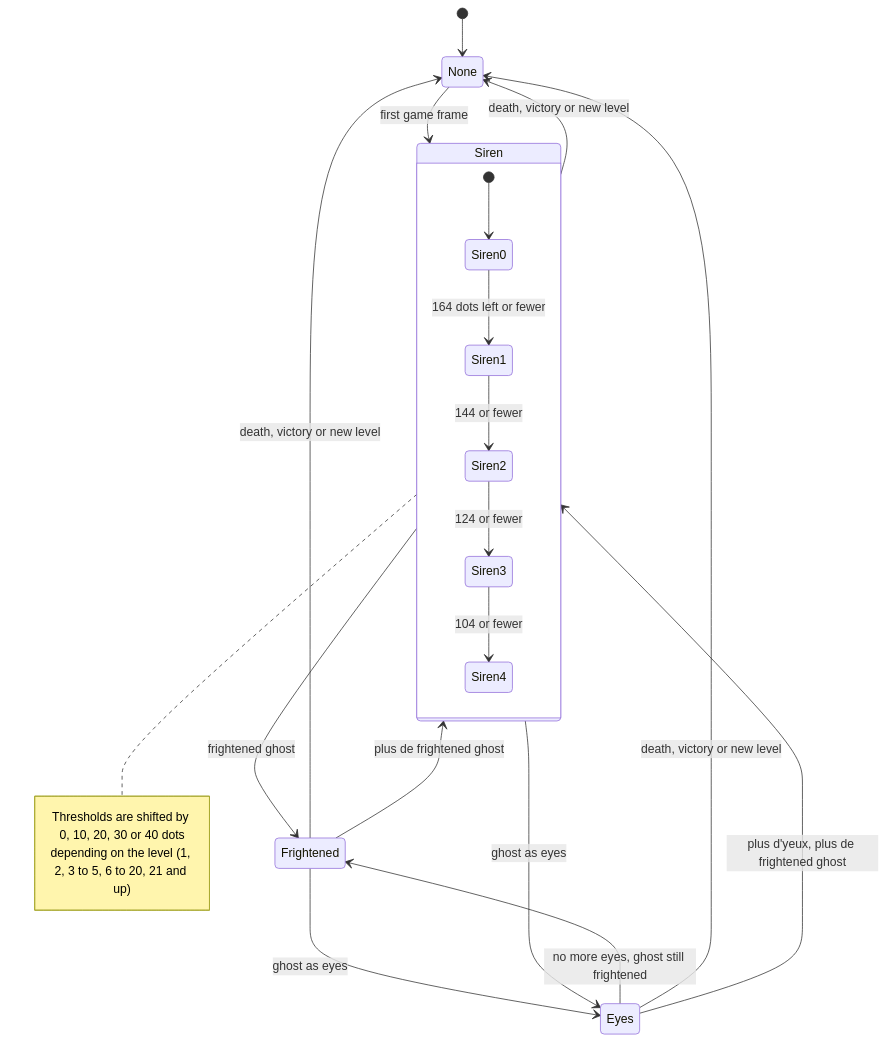
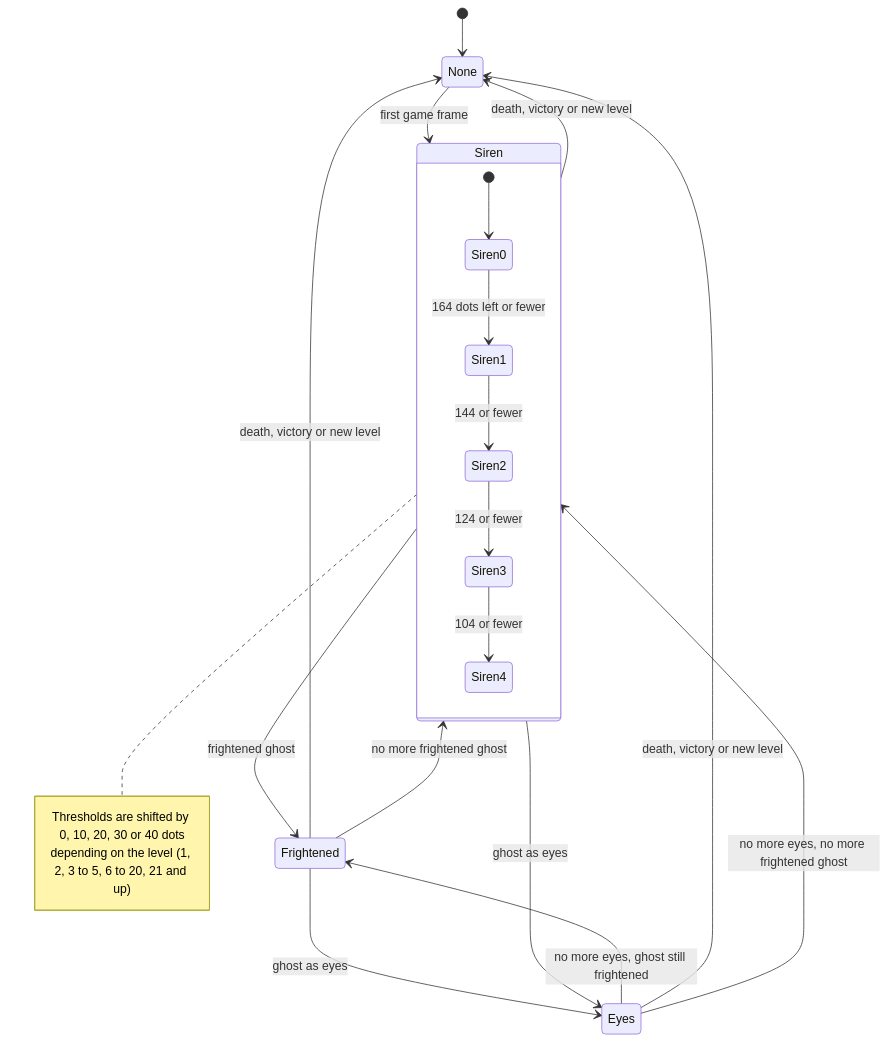
Before and after one commit to Telev78/pacman: diagram 14 of 18 in docs/Pacman_UML_and_State_Diagrams_EN.md, drawn with Mermaid. The commit also changed 2 other files, not shown here.

Commit message:
correction de la doc

````diff
--- a/docs/Pacman_UML_and_State_Diagrams_EN.md
+++ b/docs/Pacman_UML_and_State_Diagrams_EN.md
@@ -983,25 +983,25 @@
 ```mermaid
 stateDiagram-v2
   [*] --> None
   None --> Siren : first game frame
   state Siren {
     [*] --> Siren0
     Siren0 --> Siren1 : 164 dots left or fewer
     Siren1 --> Siren2 : 144 or fewer
     Siren2 --> Siren3 : 124 or fewer
     Siren3 --> Siren4 : 104 or fewer
   }
   Siren --> Frightened : frightened ghost
   Siren --> Eyes : ghost as eyes
   Frightened --> Eyes : ghost as eyes
   Eyes --> Frightened : no more eyes, ghost still frightened
-  Eyes --> Siren : plus d'yeux, plus de frightened ghost
-  Frightened --> Siren : plus de frightened ghost
+  Eyes --> Siren : no more eyes, no more frightened ghost
+  Frightened --> Siren : no more frightened ghost
   Siren --> None : death, victory or new level
   Frightened --> None : death, victory or new level
   Eyes --> None : death, victory or new level
   note right of Siren
     Thresholds are shifted by 0, 10, 20, 30 or 40 dots
     depending on the level (1, 2, 3 to 5, 6 to 20, 21 and up)
   end note
 ```
````
